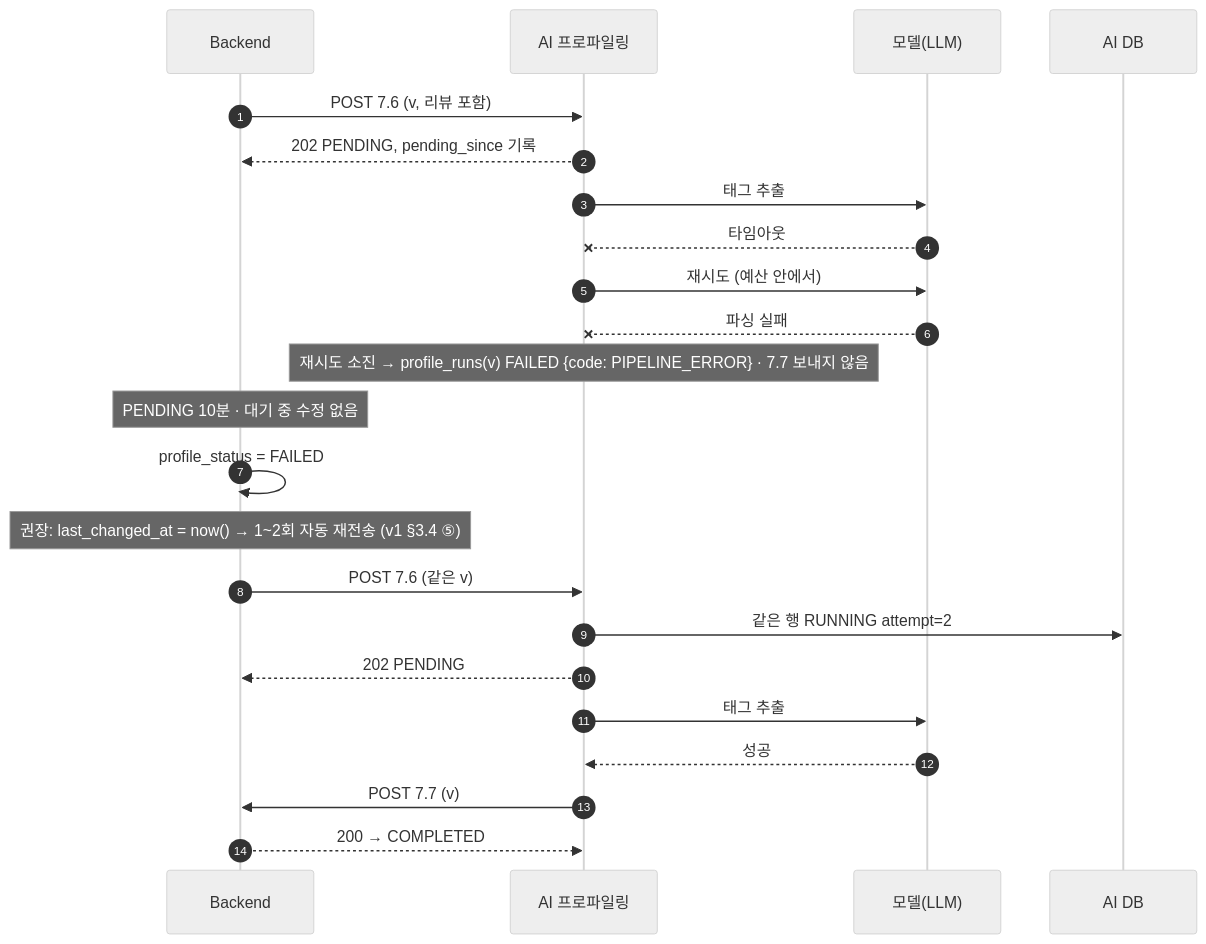
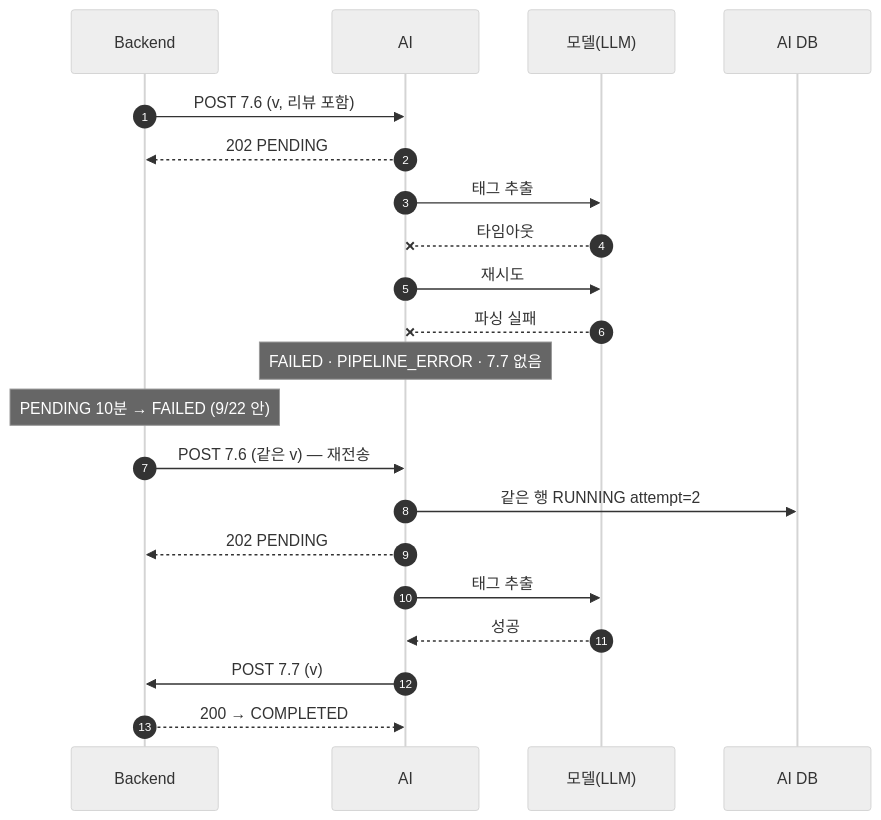
The second of 2 diagrams in profiling/docs/BE_연동_필드표_v3.md (100-hours-a-week/KTB4-12th-AI), drawn with Mermaid (neutral theme) before and after one commit. The commit also changed other lines of this file and 70 other files, not shown here.

````diff
--- a/profiling/docs/BE_연동_필드표_v3.md
+++ b/profiling/docs/BE_연동_필드표_v3.md
@@ -112,25 +110,23 @@
 ```mermaid
 sequenceDiagram
   autonumber
   participant BE as Backend
-  participant AI as AI 프로파일링
+  participant AI as AI
   participant M as 모델(LLM)
   participant DB as AI DB
   BE->>AI: POST 7.6 (v, 리뷰 포함)
-  AI-->>BE: 202 PENDING, pending_since 기록
+  AI-->>BE: 202 PENDING
   AI->>M: 태그 추출
   M--xAI: 타임아웃
-  AI->>M: 재시도 (예산 안에서)
+  AI->>M: 재시도
   M--xAI: 파싱 실패
-  Note over AI: 재시도 소진 → profile_runs(v) FAILED {code: PIPELINE_ERROR} · 7.7 보내지 않음
-  Note over BE: PENDING 10분 · 대기 중 수정 없음
-  BE->>BE: profile_status = FAILED
-  Note over BE: 권장: last_changed_at = now() → 1~2회 자동 재전송 (v1 §3.4 ⑤)
-  BE->>AI: POST 7.6 (같은 v)
+  Note over AI: FAILED · PIPELINE_ERROR · 7.7 없음
+  Note over BE: PENDING 10분 → FAILED (9/22 안)
+  BE->>AI: POST 7.6 (같은 v) — 재전송
   AI->>DB: 같은 행 RUNNING attempt=2
   AI-->>BE: 202 PENDING
   AI->>M: 태그 추출
   M-->>AI: 성공
   AI->>BE: POST 7.7 (v)
   BE-->>AI: 200 → COMPLETED
 ```
````
